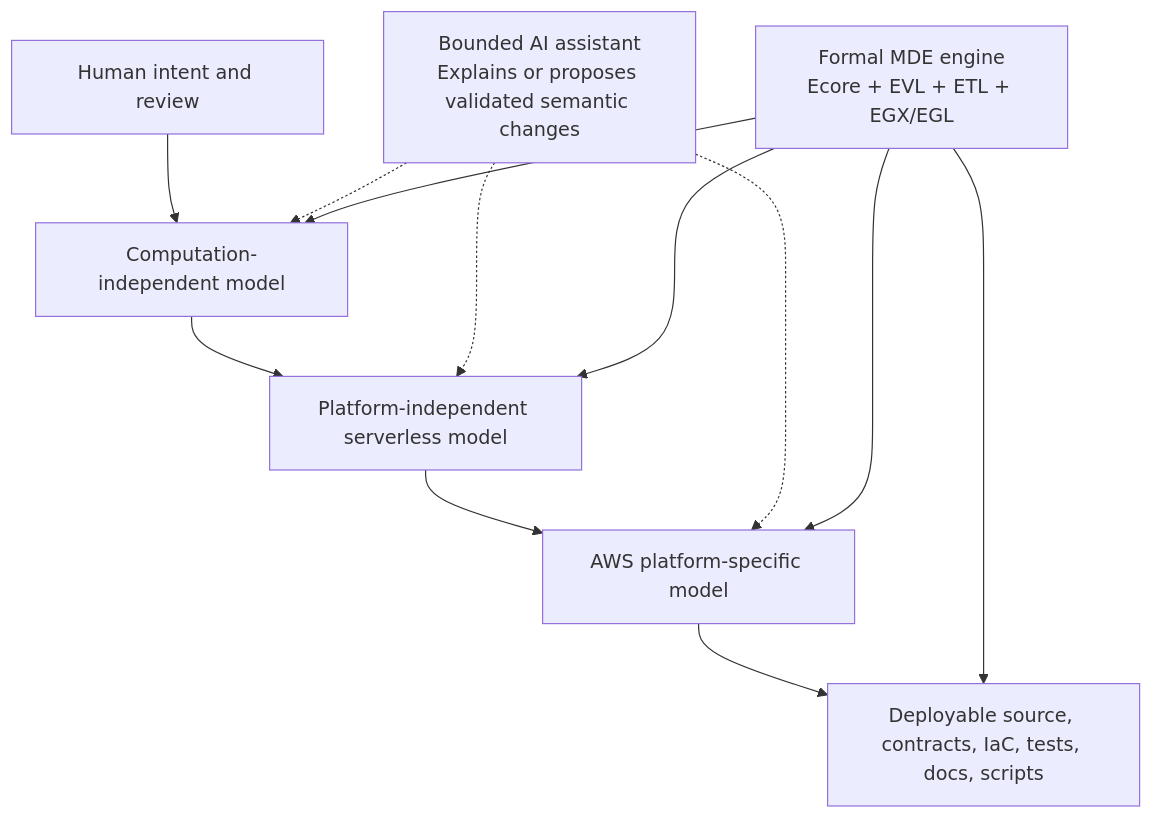
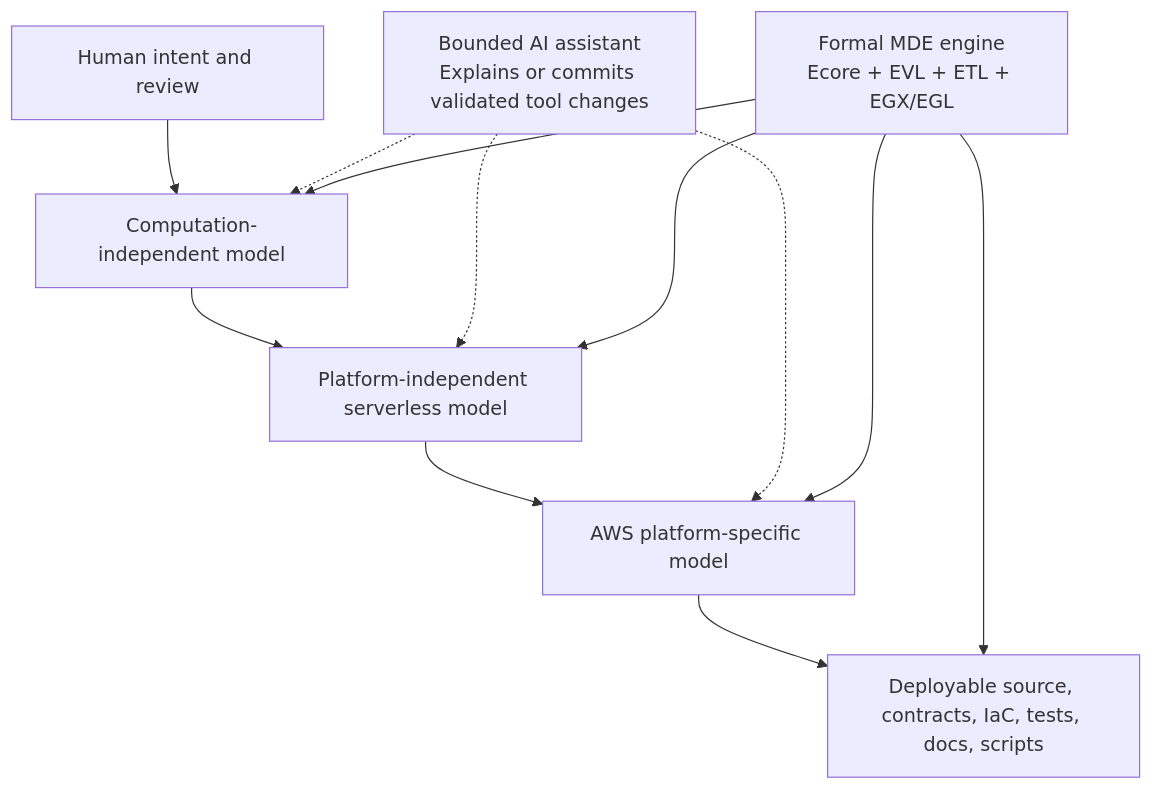
One commit to mehdieidi/modriss changed the second of 2 diagrams in docs/diagrams/01-c4-system-context.md. Above: the diagram before and after it, drawn with Mermaid. The commit also changed other lines of this file and 37 other files, not shown here.

````diff
--- a/docs/diagrams/01-c4-system-context.md
+++ b/docs/diagrams/01-c4-system-context.md
@@ -27,19 +27,19 @@
 ```mermaid
 flowchart TB
     intent["Human intent and review"]
     cim["Computation-independent model"]
     pim["Platform-independent serverless model"]
     psm["AWS platform-specific model"]
     artifacts["Deployable source, contracts, IaC, tests, docs, scripts"]
-    assistant["Bounded AI assistant<br/>Explains or proposes validated semantic changes"]
+    assistant["Bounded AI assistant<br/>Explains or commits validated tool changes"]
     formal["Formal MDE engine<br/>Ecore + EVL + ETL + EGX/EGL"]
 
     intent --> cim --> pim --> psm --> artifacts
     assistant -.-> cim
     assistant -.-> pim
     assistant -.-> psm
     formal --> cim
     formal --> pim
     formal --> psm
     formal --> artifacts
 ```
````
